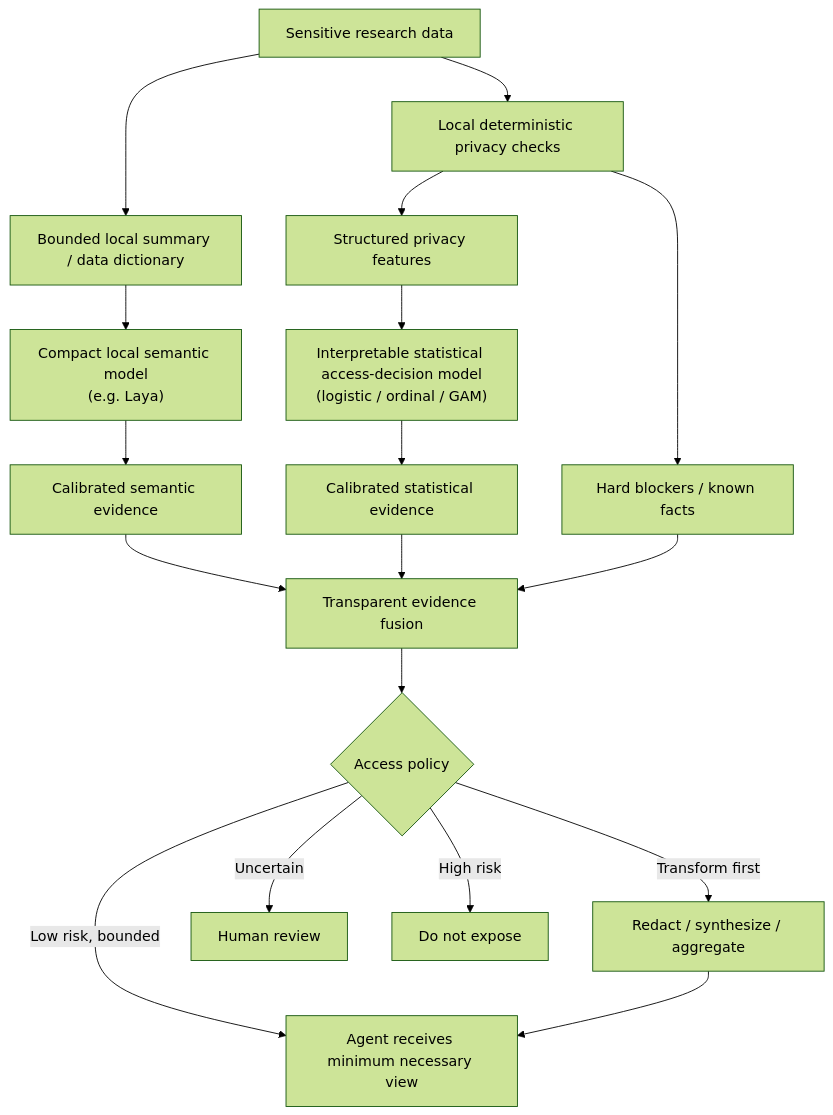
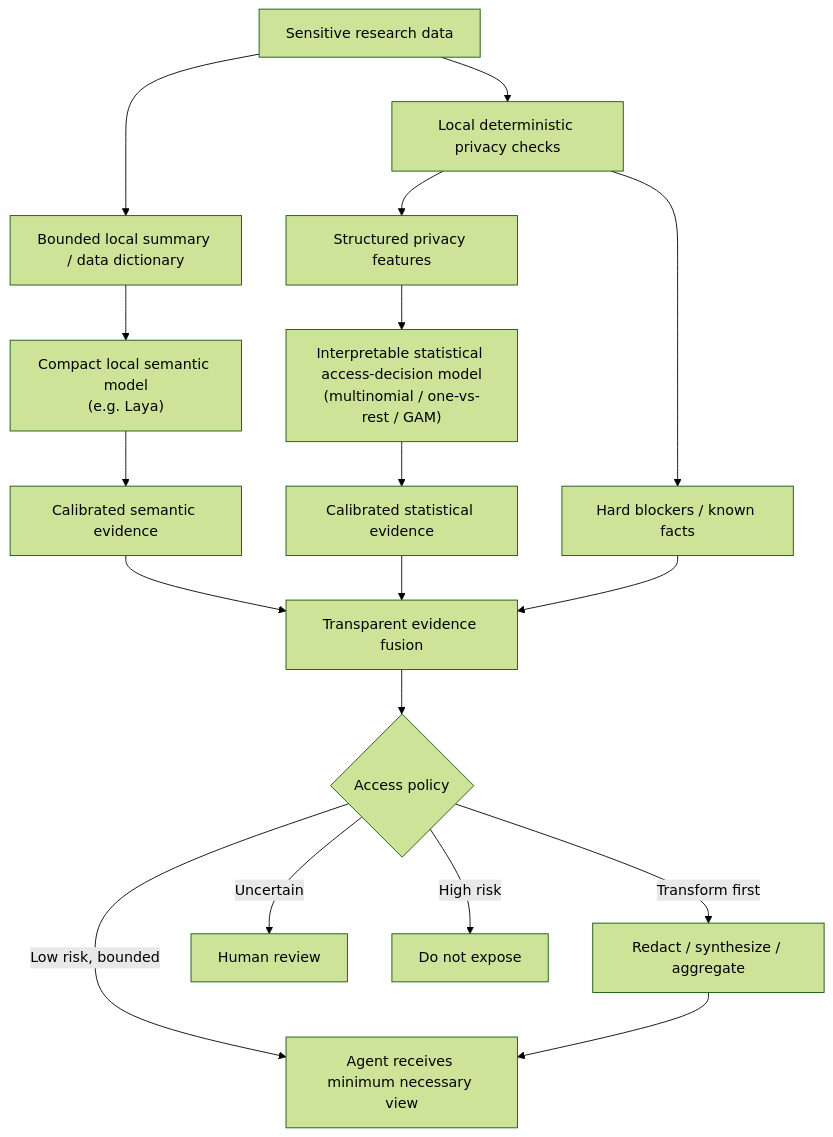
Before and after one commit to lennon-li/which: the first of 6 diagrams in docs/grants/2026-09-dsi-anthropic-ai-privacy-firewall-proposal.md, drawn with Mermaid (forest theme). The commit also changed other lines of this file and 15 other files, not shown here.

```diff
--- a/docs/grants/2026-09-dsi-anthropic-ai-privacy-firewall-proposal.md
+++ b/docs/grants/2026-09-dsi-anthropic-ai-privacy-firewall-proposal.md
@@ -122,20 +122,20 @@
 ~~~mermaid
 flowchart TB
     A["Sensitive research data"] --> B["Local deterministic privacy checks"]
     A --> C["Bounded local summary / data dictionary"]
     B --> D["Structured privacy features"]
     C --> E["Compact local semantic model<br/>(e.g. Laya)"]
-    D --> F["Interpretable statistical access-decision model<br/>(logistic / ordinal / GAM)"]
+    D --> F["Interpretable statistical access-decision model<br/>(multinomial / one-vs-rest / GAM)"]
     E --> G["Calibrated semantic evidence"]
     F --> H["Calibrated statistical evidence"]
     B --> I["Hard blockers / known facts"]
     G --> J["Transparent evidence fusion"]
     H --> J
     I --> J
     J --> K{"Access policy"}
     K -->|Low risk, bounded| L["Agent receives minimum necessary view"]
     K -->|Transform first| M["Redact / synthesize / aggregate"]
     K -->|Uncertain| N["Human review"]
     K -->|High risk| O["Do not expose"]
     M --> L
 ~~~
```
